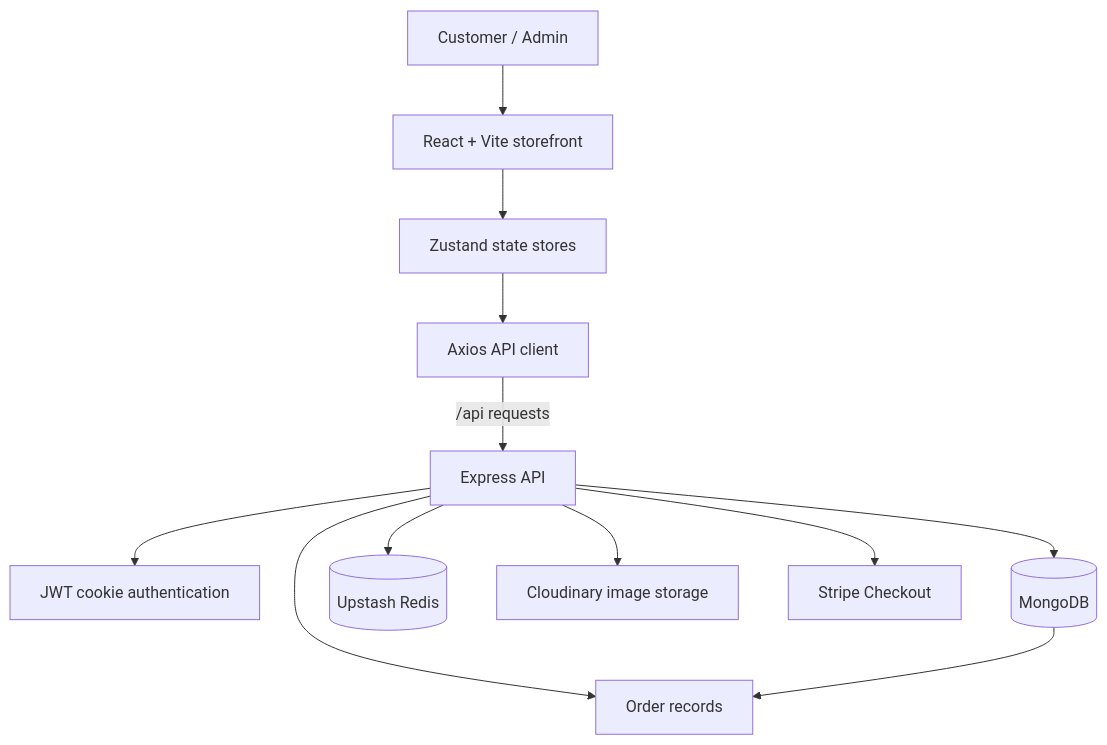
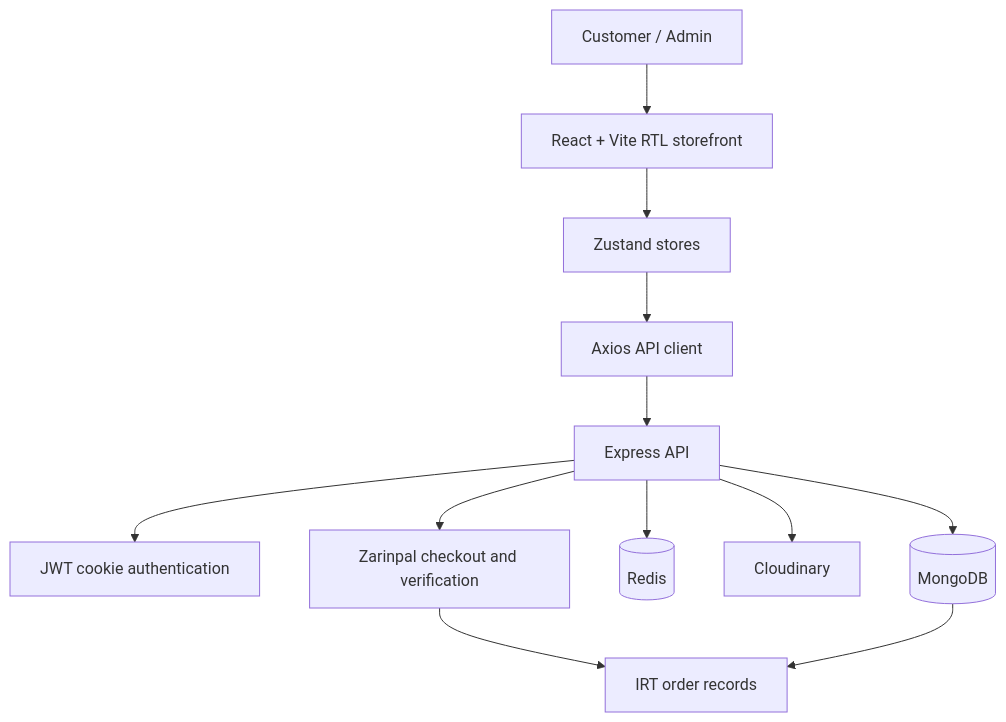
The diagram in README.md (ItsWanheda/mern-ecommerce), drawn with Mermaid before and after one commit. The commit also changed other lines of this file, not shown here.

Commit message:
docs(readme): document IRT and Zarinpal-only store

````diff
--- a/README.md
+++ b/README.md
@@ -87,14 +59,14 @@
 ```mermaid
 flowchart TD
-    Customer[Customer / Admin] --> Web[React + Vite storefront]
-    Web --> State[Zustand state stores]
+    Customer[Customer / Admin] --> Web[React + Vite RTL storefront]
+    Web --> State[Zustand stores]
     State --> Client[Axios API client]
-    Client -->|/api requests| API[Express API]
+    Client --> API[Express API]
     API --> Auth[JWT cookie authentication]
     API --> DB[(MongoDB)]
-    API --> Redis[(Upstash Redis)]
-    API --> Cloudinary[Cloudinary image storage]
-    API --> Stripe[Stripe Checkout]
-    API --> Orders[Order records]
+    API --> Redis[(Redis)]
+    API --> Media[Cloudinary]
+    API --> Checkout[Zarinpal checkout and verification]
+    Checkout --> Orders[IRT order records]
     DB --> Orders
 ```
````
